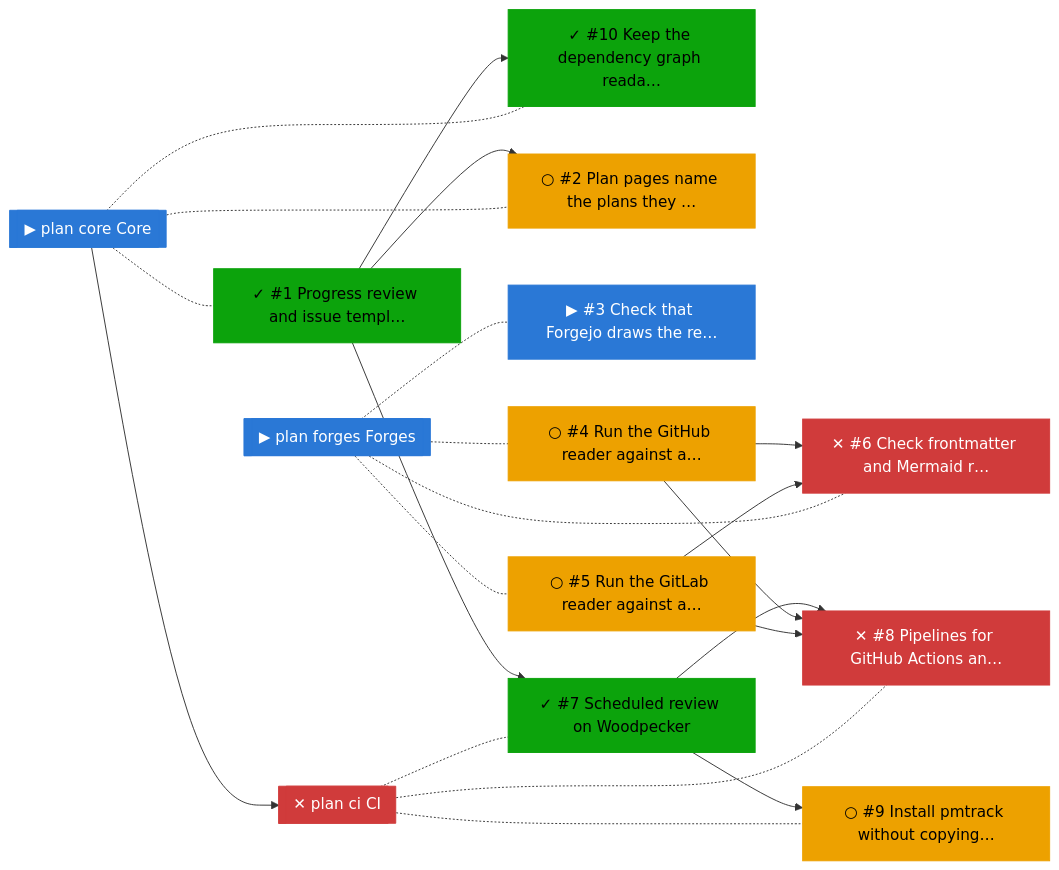
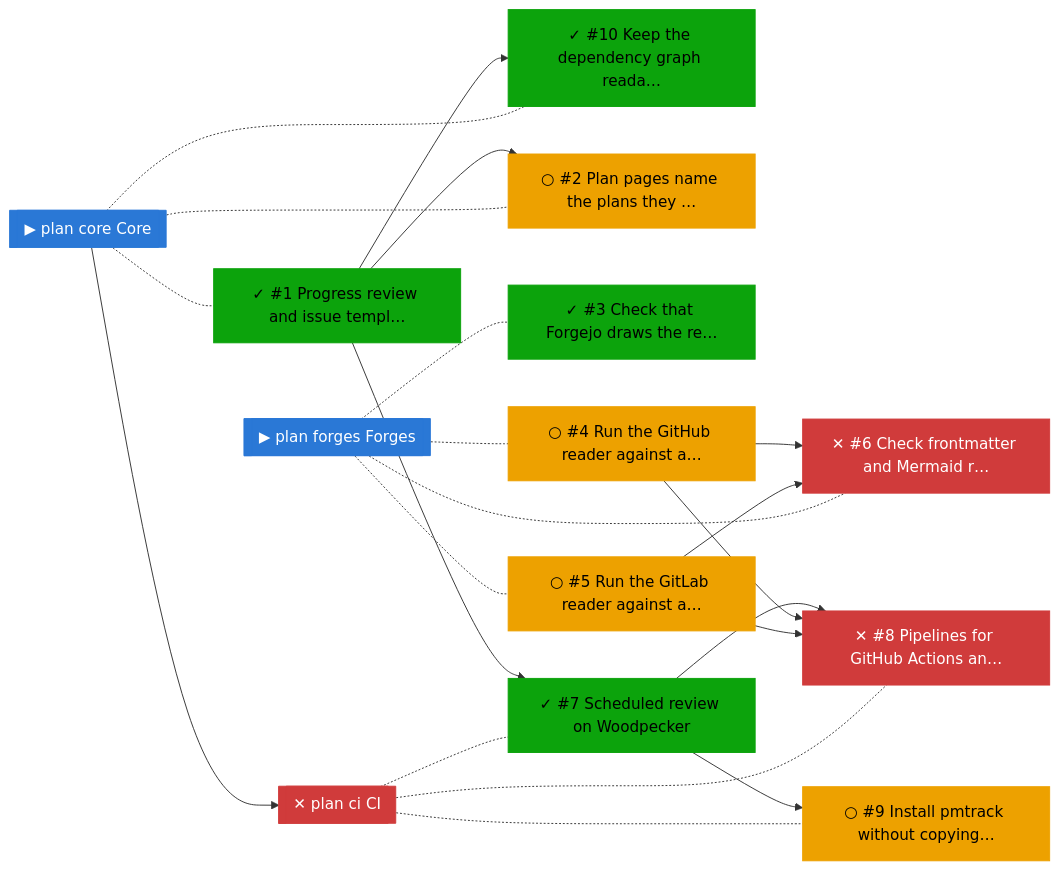
Before and after one commit to bvraghav/pmtrack: the fourth of 4 diagrams in progress/README.md, drawn with Mermaid. The commit also changed other lines of this file and 5 other files, not shown here.

````diff
--- a/progress/README.md
+++ b/progress/README.md
@@ -79,42 +78,42 @@
 ```mermaid
 flowchart LR
   n0["✓ #1 Progress review and issue templ…"]:::done
   n1["✓ #10 Keep the dependency graph reada…"]:::done
   n2["○ #2 Plan pages name the plans they …"]:::ready
-  n3["▶ #3 Check that Forgejo draws the re…"]:::active
+  n3["✓ #3 Check that Forgejo draws the re…"]:::done
   n4["○ #4 Run the GitHub reader against a…"]:::ready
   n5["○ #5 Run the GitLab reader against a…"]:::ready
   n6["✕ #6 Check frontmatter and Mermaid r…"]:::blocked
   n7["✓ #7 Scheduled review on Woodpecker"]:::done
   n8["✕ #8 Pipelines for GitHub Actions an…"]:::blocked
   n9["○ #9 Install pmtrack without copying…"]:::ready
   n10[["✕ plan ci CI"]]:::blocked
   n11[["▶ plan core Core"]]:::active
   n12[["▶ plan forges Forges"]]:::active
   n0 --> n1
   n0 --> n2
   n4 --> n6
   n5 --> n6
   n0 --> n7
   n7 --> n8
   n4 --> n8
   n5 --> n8
   n7 --> n9
   n10 -.- n7
   n10 -.- n8
   n10 -.- n9
   n11 --> n10
   n11 -.- n0
   n11 -.- n2
   n11 -.- n1
   n12 -.- n3
   n12 -.- n4
   n12 -.- n5
   n12 -.- n6
   classDef done fill:#0ca30c,color:#000,stroke:#0ca30c
   classDef active fill:#2a78d6,color:#fff,stroke:#2a78d6
   classDef ready fill:#eda100,color:#000,stroke:#eda100
   classDef blocked fill:#d03b3b,color:#fff,stroke:#d03b3b
   classDef unknown fill:#898781,color:#000,stroke:#898781
   classDef dropped fill:#898781,color:#000,stroke:#898781
 ```
````
